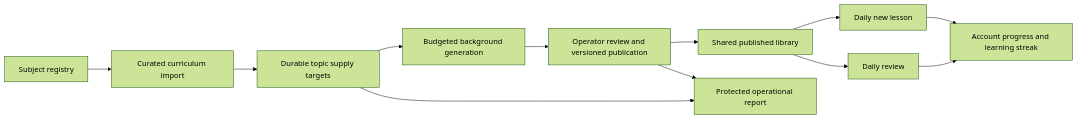
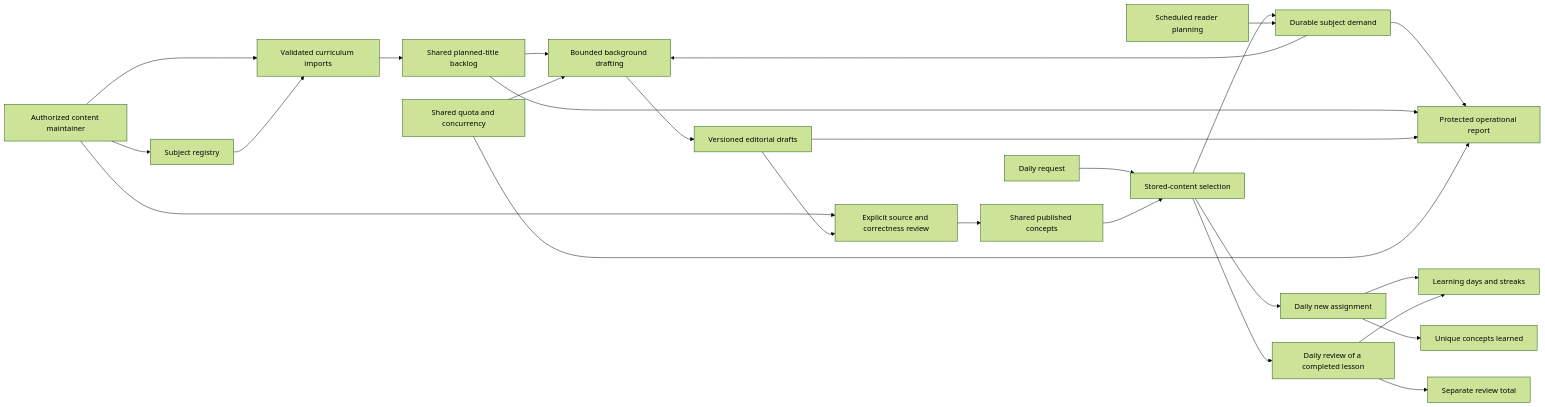
The diagram in docs/CONTENT_ARCHITECTURE.md (Coding-Moves/one-concept), drawn with Mermaid (forest theme) before and after one commit. The commit also changed other lines of this file and 4 other files, not shown here.

Commit message:
docs: document content architecture operations and verified handoff

````diff
--- a/docs/CONTENT_ARCHITECTURE.md
+++ b/docs/CONTENT_ARCHITECTURE.md
@@ -9,14 +10,28 @@
 ```mermaid
 flowchart LR
-  Registry[Subject registry] --> Curriculum[Curated curriculum import]
-  Curriculum --> Queue[Durable topic supply targets]
-  Queue --> Drafts[Budgeted background generation]
-  Drafts --> Review[Operator review and versioned publication]
-  Review --> Library[Shared published library]
-  Library --> Daily[Daily new lesson]
-  Library --> Practice[Daily review]
-  Daily --> Progress[Account progress and learning streak]
-  Practice --> Progress
-  Queue --> Operations[Protected operational report]
-  Review --> Operations
+  Operator[Authorized content maintainer] --> Registry[Subject registry]
+  Operator --> Curriculum[Validated curriculum imports]
+  Registry --> Curriculum
+  Curriculum --> Backlog[Shared planned-title backlog]
+  Reader[Daily request] --> Selection[Stored-content selection]
+  Selection --> Demand[Durable subject demand]
+  Planner[Scheduled reader planning] --> Demand
+  Demand --> Worker[Bounded background drafting]
+  Backlog --> Worker
+  Budget[Shared quota and concurrency] --> Worker
+  Worker --> Draft[Versioned editorial drafts]
+  Operator --> Approval[Explicit source and correctness review]
+  Draft --> Approval
+  Approval --> Library[Shared published concepts]
+  Library --> Selection
+  Selection --> New[Daily new assignment]
+  Selection --> Review[Daily review of a completed lesson]
+  New --> Activity[Learning days and streaks]
+  Review --> Activity
+  New --> Unique[Unique concepts learned]
+  Review --> ReviewTotal[Separate review total]
+  Demand --> Health[Protected operational report]
+  Backlog --> Health
+  Draft --> Health
+  Budget --> Health
 ```
````
